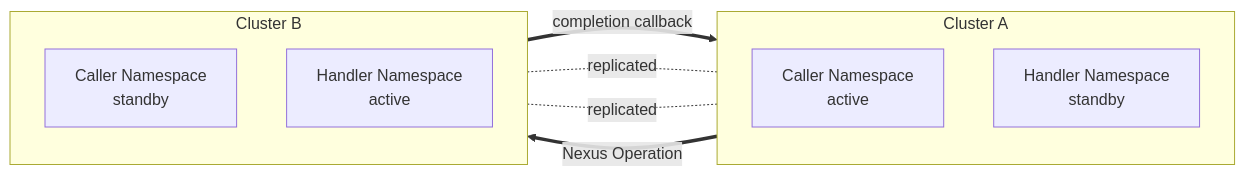
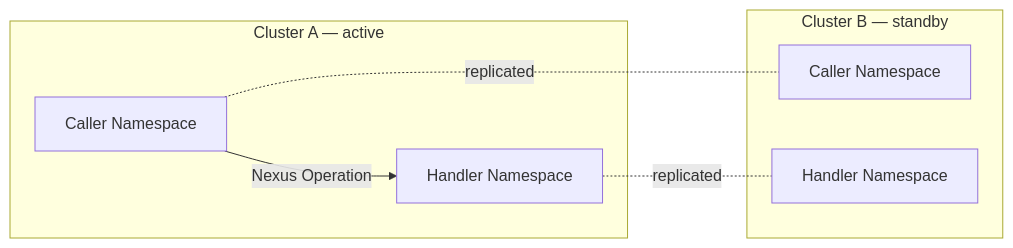
Before and after one commit to temporalio/documentation: the first of 2 diagrams in docs/production-deployment/self-hosted-guide/temporal-nexus.mdx, drawn with Mermaid. The commit also changed other lines of this file, not shown here.

First line of the commit message:
Show before/after failover states in the diagram

````diff
--- a/docs/production-deployment/self-hosted-guide/temporal-nexus.mdx
+++ b/docs/production-deployment/self-hosted-guide/temporal-nexus.mdx
@@ -141,17 +143,12 @@
 ```mermaid
 flowchart LR
-    subgraph A["Cluster A"]
-        direction TB
-        caA["Caller Namespace<br/>active"]
-        haA["Handler Namespace<br/>standby"]
+    subgraph A["Cluster A — active"]
+        caA["Caller Namespace"] -->|Nexus Operation| haA["Handler Namespace"]
     end
-    subgraph B["Cluster B"]
-        direction TB
-        caB["Caller Namespace<br/>standby"]
-        haB["Handler Namespace<br/>active"]
+    subgraph B["Cluster B — standby"]
+        caB["Caller Namespace"]
+        haB["Handler Namespace"]
     end
     caA -. replicated .- caB
     haA -. replicated .- haB
-    caA ==>|Nexus Operation| haB
-    haB ==>|completion callback| caA
 ```
````
